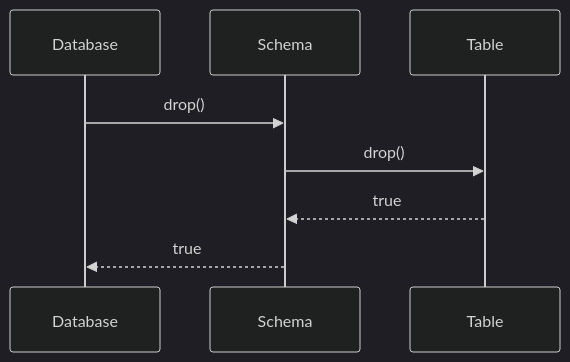
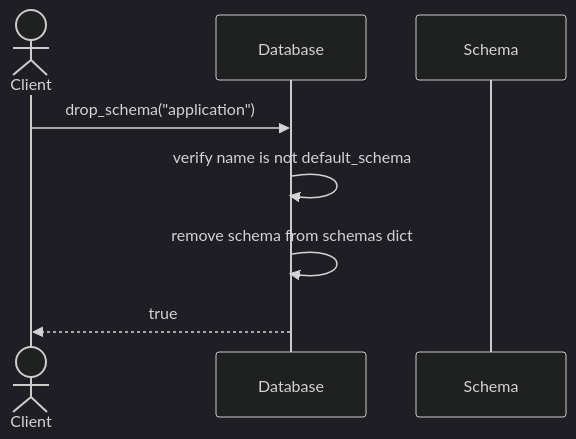
The fifth of 21 diagrams in README.md (taitran501/DBMS), drawn with Mermaid (dark theme) before and after one commit. The commit also changed other lines of this file and 2 other files, not shown here.

Commit message:
docs(database_object): add Composite Pattern class and sequence diagrams

````diff
--- a/README.md
+++ b/README.md
@@ -919,11 +919,11 @@
 ```mermaid
 sequenceDiagram
+    actor Client
     participant Database
     participant Schema
-    participant Table
 
-    Database->>Schema: drop()
-    Schema->>Table: drop()
-    Table-->>Schema: true
-    Schema-->>Database: true
+    Client->>Database: drop_schema("application")
+    Database->>Database: verify name is not default_schema
+    Database->>Database: remove schema from schemas dict
+    Database-->>Client: true
 ```
````
